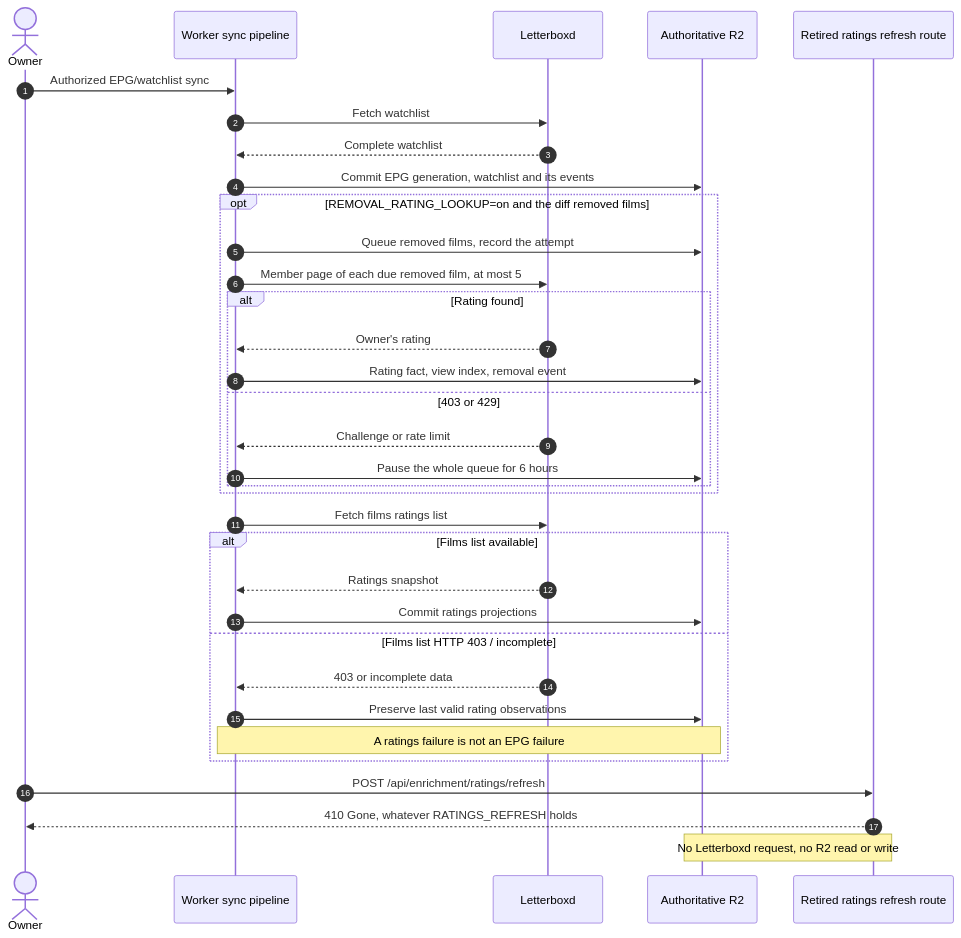
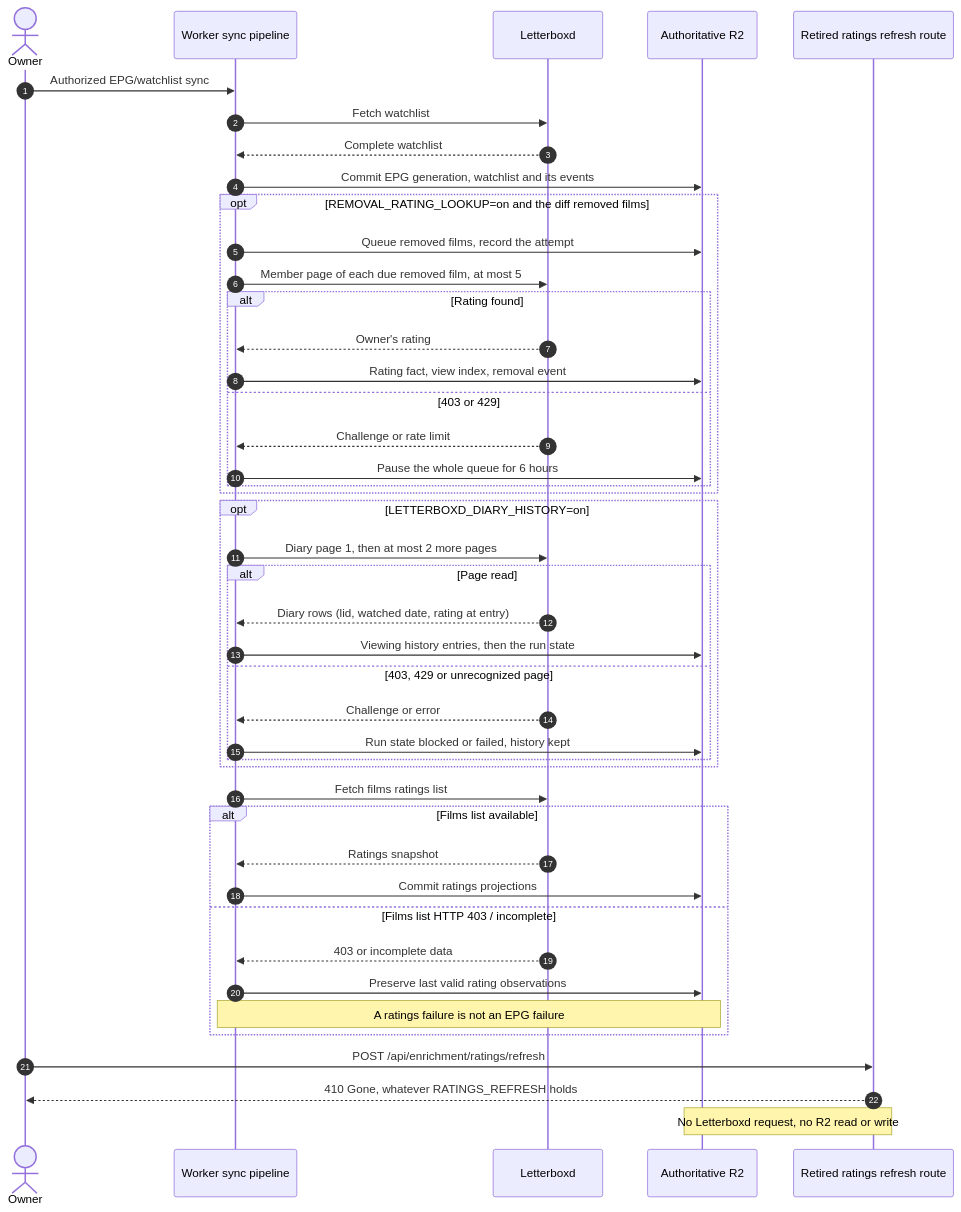
One commit to vladimino/iptv-watchlist changed the first of 2 diagrams in docs/architecture/letterboxd-ingestion.md. Above: the diagram before and after it, drawn with Mermaid. The commit also changed other lines of this file and 82 other files, not shown here.

````diff
--- a/docs/architecture/letterboxd-ingestion.md
+++ b/docs/architecture/letterboxd-ingestion.md
@@ -5,36 +5,46 @@
 ```mermaid
 sequenceDiagram
     autonumber
     actor Owner
     participant Sync as Worker sync pipeline
     participant LB as Letterboxd
     participant R2 as Authoritative R2
     participant Retired as Retired ratings refresh route
     Owner->>Sync: Authorized EPG/watchlist sync
     Sync->>LB: Fetch watchlist
     LB-->>Sync: Complete watchlist
     Sync->>R2: Commit EPG generation, watchlist and its events
     opt REMOVAL_RATING_LOOKUP=on and the diff removed films
         Sync->>R2: Queue removed films, record the attempt
         Sync->>LB: Member page of each due removed film, at most 5
         alt Rating found
             LB-->>Sync: Owner's rating
             Sync->>R2: Rating fact, view index, removal event
         else 403 or 429
             LB-->>Sync: Challenge or rate limit
             Sync->>R2: Pause the whole queue for 6 hours
         end
     end
+    opt LETTERBOXD_DIARY_HISTORY=on
+        Sync->>LB: Diary page 1, then at most 2 more pages
+        alt Page read
+            LB-->>Sync: Diary rows (lid, watched date, rating at entry)
+            Sync->>R2: Viewing history entries, then the run state
+        else 403, 429 or unrecognized page
+            LB-->>Sync: Challenge or error
+            Sync->>R2: Run state blocked or failed, history kept
+        end
+    end
     Sync->>LB: Fetch films ratings list
     alt Films list available
         LB-->>Sync: Ratings snapshot
         Sync->>R2: Commit ratings projections
     else Films list HTTP 403 / incomplete
         LB-->>Sync: 403 or incomplete data
         Sync->>R2: Preserve last valid rating observations
         Note over Sync,R2: A ratings failure is not an EPG failure
     end
     Owner->>Retired: POST /api/enrichment/ratings/refresh
     Retired-->>Owner: 410 Gone, whatever RATINGS_REFRESH holds
     Note over Retired,R2: No Letterboxd request, no R2 read or write
 ```
````
